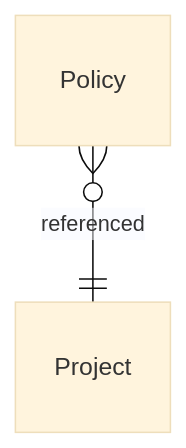
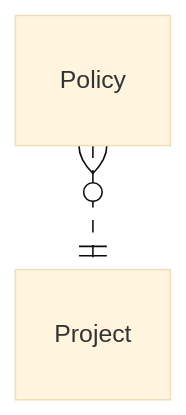
One commit to stacklok/modelith changed the fourth of 9 diagrams in docs/04-reading-the-diagrams.md. Above: the diagram before and after it, drawn with Mermaid (base theme). The commit also changed other lines of this file and 12 other files, not shown here.

````diff
--- a/docs/04-reading-the-diagrams.md
+++ b/docs/04-reading-the-diagrams.md
@@ -84,4 +89,4 @@
 ```mermaid
 erDiagram
-    Policy }o--|| Project : "referenced"
+    Policy }o..|| Project : ""
 ```
````
